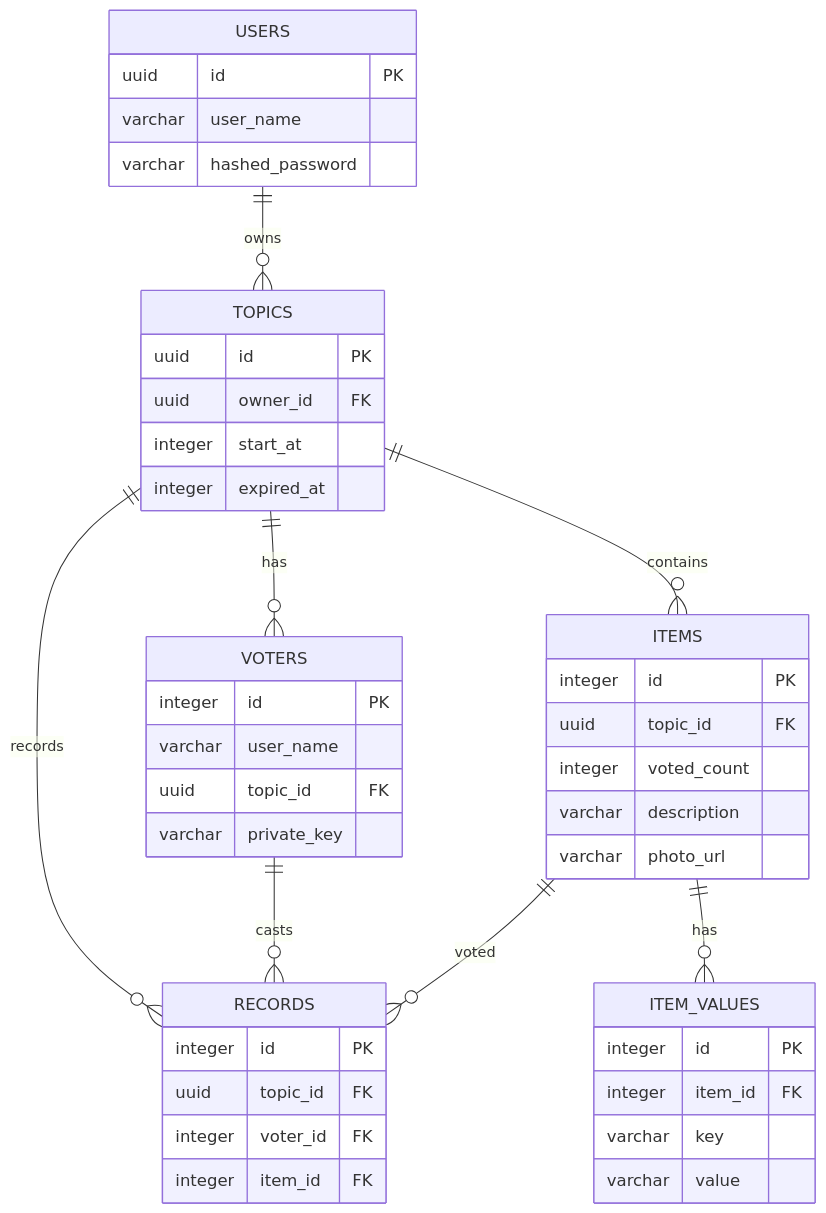
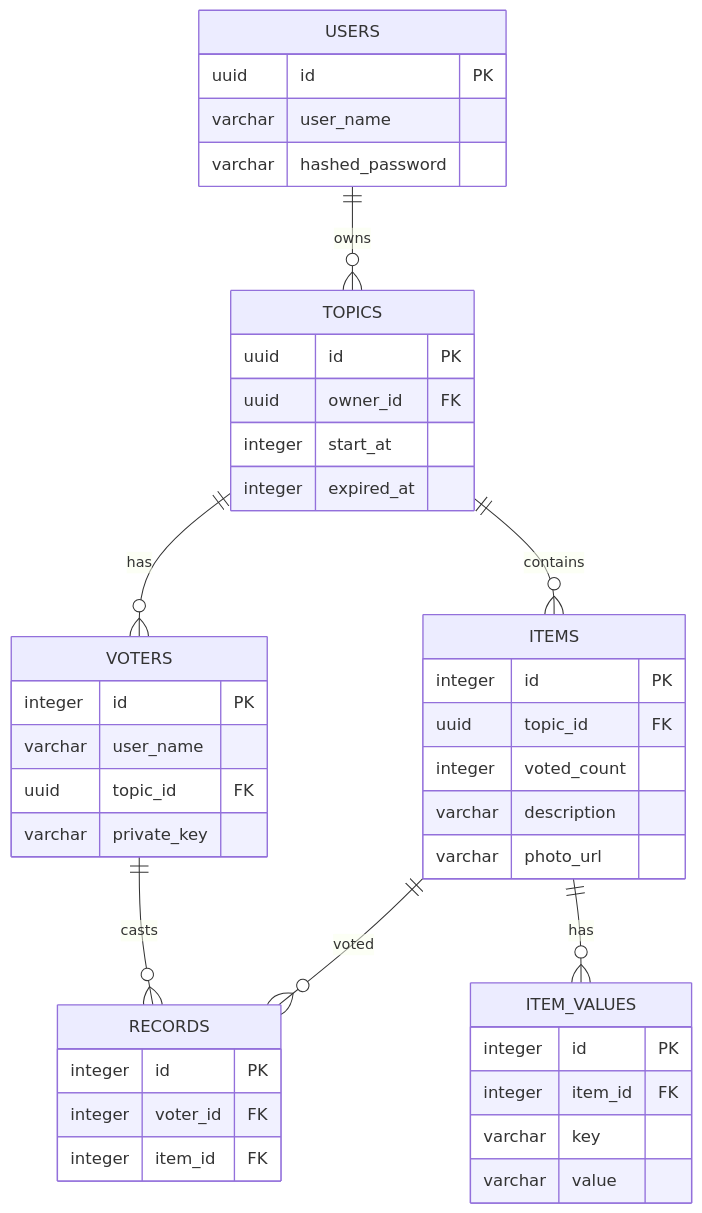
The diagram in docs/db_schema.md (zukigit/zukivote), drawn with Mermaid before and after one commit. The commit also changed other lines of this file, not shown here.

````diff
--- a/docs/db_schema.md
+++ b/docs/db_schema.md
@@ -5,52 +5,50 @@
 ```mermaid
 erDiagram
     USERS {
         uuid id PK
         varchar user_name
         varchar hashed_password
     }
 
     TOPICS {
         uuid id PK
         uuid owner_id FK
         integer start_at
         integer expired_at
     }
 
     VOTERS {
         integer id PK
         varchar user_name
         uuid topic_id FK
         varchar private_key
     }
 
     ITEMS {
         integer id PK
         uuid topic_id FK
         integer voted_count
         varchar description
         varchar photo_url
     }
 
     ITEM_VALUES {
         integer id PK
         integer item_id FK
         varchar key
         varchar value
     }
 
     RECORDS {
         integer id PK
-        uuid topic_id FK
         integer voter_id FK
         integer item_id FK
     }
 
     USERS ||--o{ TOPICS : owns
     TOPICS ||--o{ VOTERS : has
     TOPICS ||--o{ ITEMS : contains
     ITEMS ||--o{ ITEM_VALUES : has
-    TOPICS ||--o{ RECORDS : records
     VOTERS ||--o{ RECORDS : casts
     ITEMS ||--o{ RECORDS : voted
 ```
````
